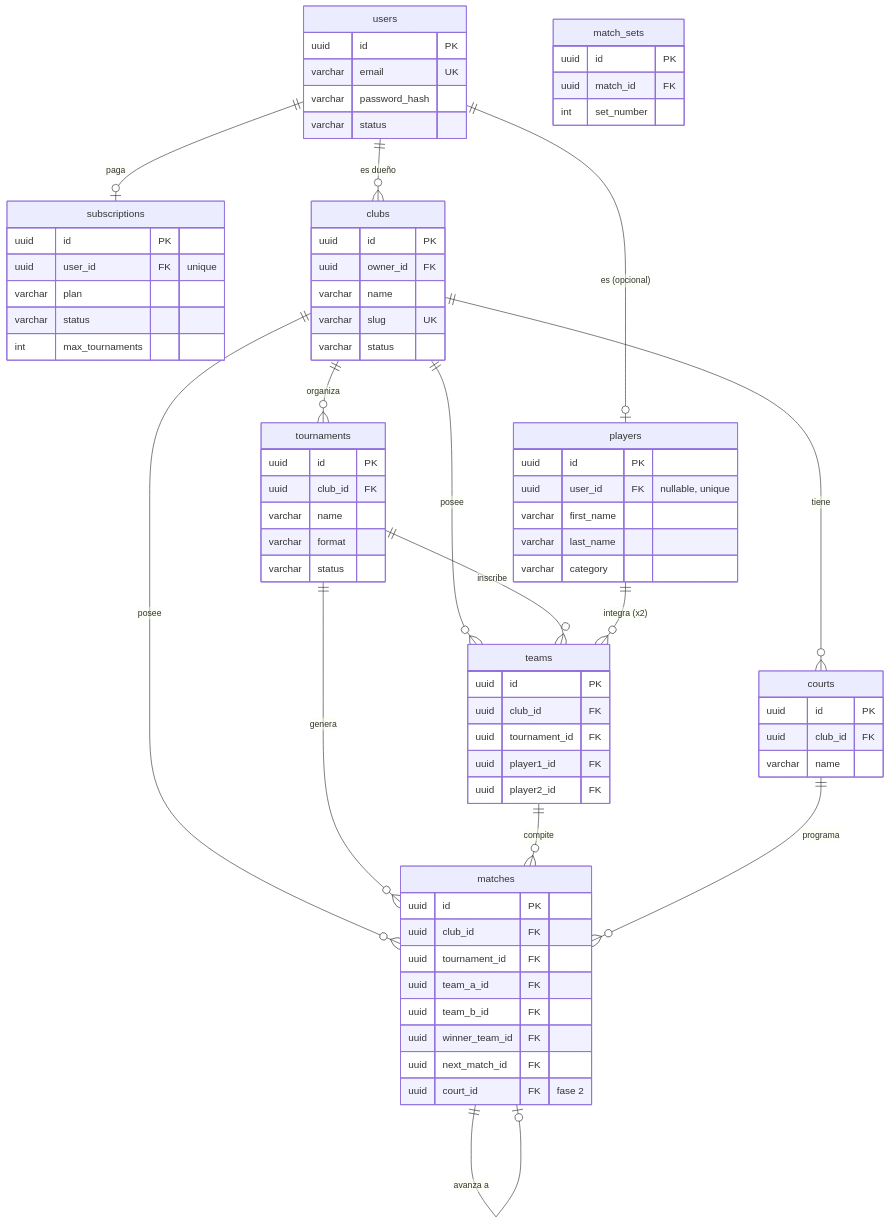
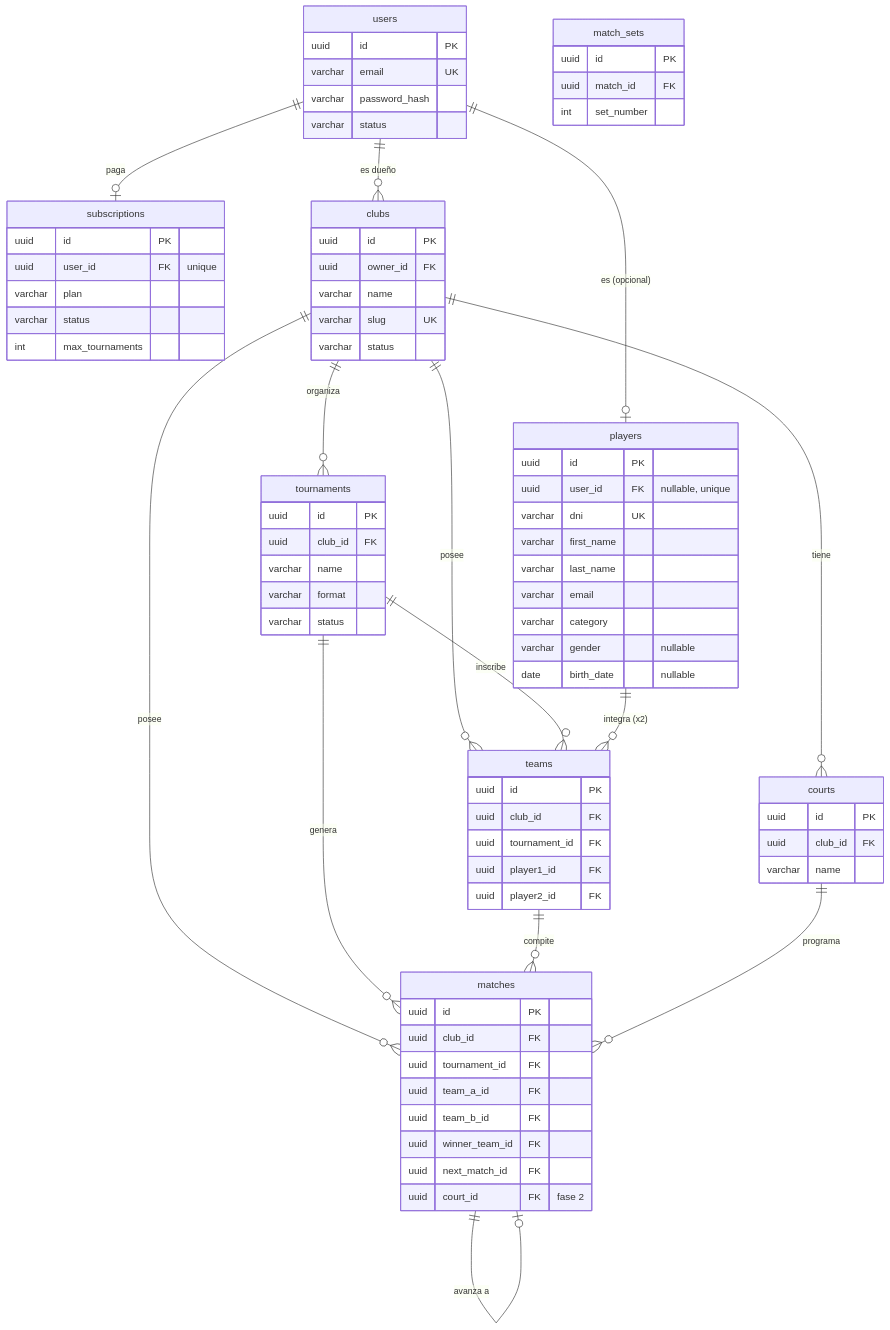
One commit to saaspaddle-sys/dupla-paddle-saas changed the diagram in docs/data-model.md. Above: the diagram before and after it, drawn with Mermaid. The commit also changed other lines of this file and 32 other files, not shown here.

````diff
--- a/docs/data-model.md
+++ b/docs/data-model.md
@@ -9,78 +9,82 @@
 ```mermaid
 erDiagram
     users {
         uuid id PK
         varchar email UK
         varchar password_hash
         varchar status
     }
     subscriptions {
         uuid id PK
         uuid user_id FK "unique"
         varchar plan
         varchar status
         int max_tournaments
     }
     players {
         uuid id PK
         uuid user_id FK "nullable, unique"
+        varchar dni UK
         varchar first_name
         varchar last_name
+        varchar email
         varchar category
+        varchar gender "nullable"
+        date birth_date "nullable"
     }
     clubs {
         uuid id PK
         uuid owner_id FK
         varchar name
         varchar slug UK
         varchar status
     }
     tournaments {
         uuid id PK
         uuid club_id FK
         varchar name
         varchar format
         varchar status
     }
     courts {
         uuid id PK
         uuid club_id FK
         varchar name
     }
     teams {
         uuid id PK
         uuid club_id FK
         uuid tournament_id FK
         uuid player1_id FK
         uuid player2_id FK
     }
     matches {
         uuid id PK
         uuid club_id FK
         uuid tournament_id FK
         uuid team_a_id FK
         uuid team_b_id FK
         uuid winner_team_id FK
         uuid next_match_id FK
         uuid court_id FK "fase 2"
     }
     match_sets {
         uuid id PK
         uuid match_id FK
         int set_number
     }
 
     users ||--o| subscriptions : paga
     users ||--o| players : "es (opcional)"
     users ||--o{ clubs : "es dueño"
     clubs ||--o{ tournaments : organiza
     clubs ||--o{ courts : tiene
     clubs ||--o{ teams : posee
     clubs ||--o{ matches : posee
     tournaments ||--o{ teams : inscribe
     tournaments ||--o{ matches : genera
     players ||--o{ teams : "integra (x2)"
     teams ||--o{ matches : compite
     courts ||--o{ matches : programa
     matches ||--o| matches : "avanza a"
 ```
````
